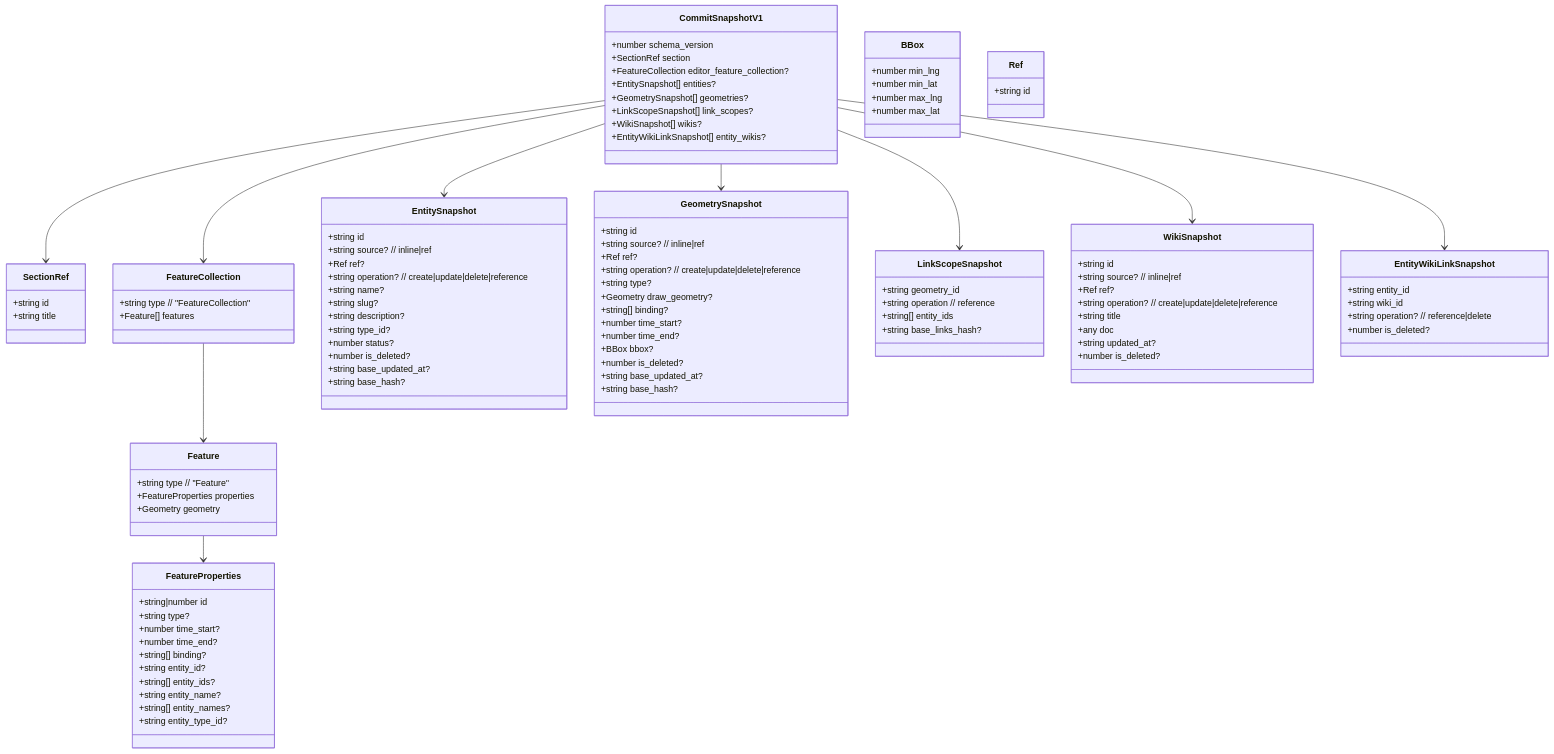
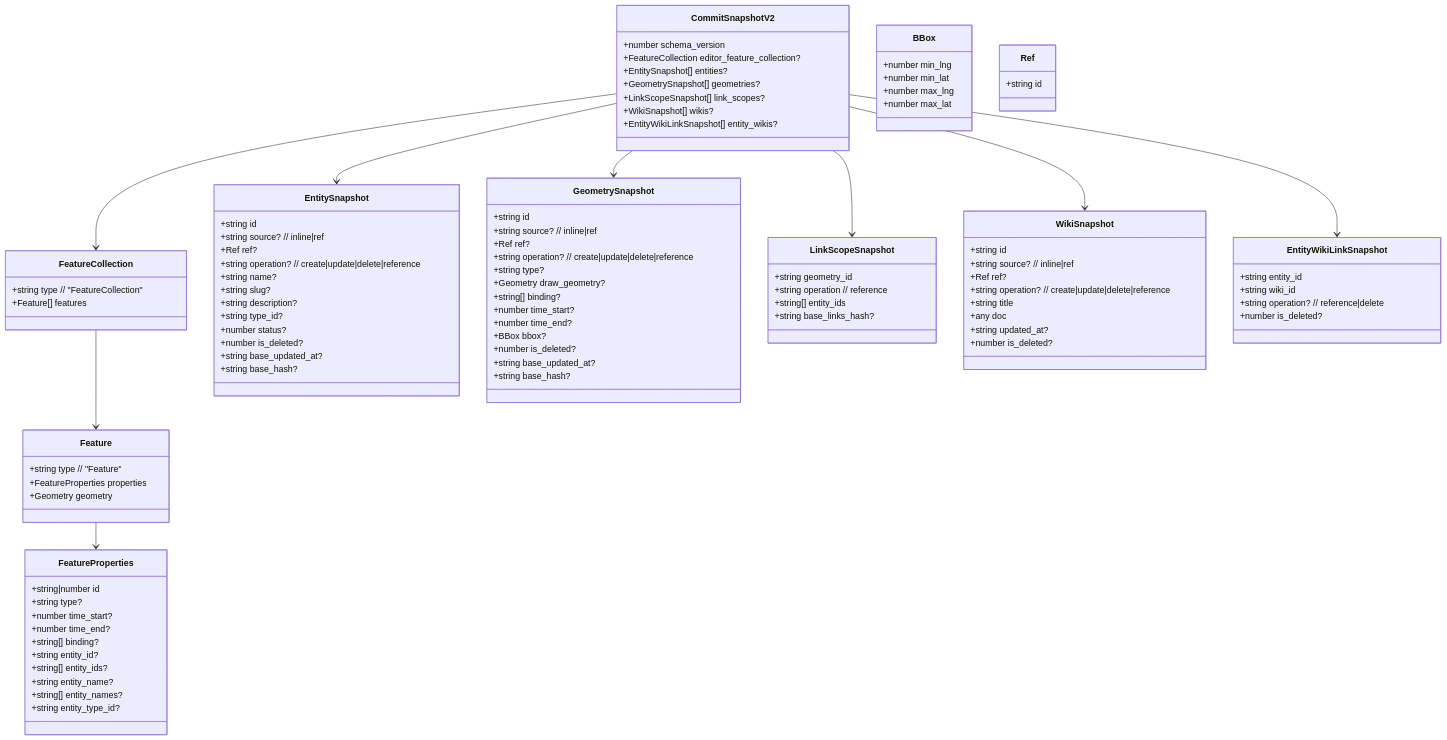
The diagram in commit_snapshot.md (Pregnant-Guild/FE_User_history_web), drawn with Mermaid before and after one commit. The commit also changed other lines of this file and 3 other files, not shown here.

````diff
--- a/commit_snapshot.md
+++ b/commit_snapshot.md
@@ -68,8 +65,7 @@
 ```mermaid
 classDiagram
-  class CommitSnapshotV1 {
+class CommitSnapshotV2 {
     +number schema_version
-    +SectionRef section
     +FeatureCollection editor_feature_collection?
     +EntitySnapshot[] entities?
     +GeometrySnapshot[] geometries?
@@ -78,10 +74,6 @@
     +EntityWikiLinkSnapshot[] entity_wikis?
   }
 
-  class SectionRef {
-    +string id
-    +string title
-  }
 
   class FeatureCollection {
     +string type  // "FeatureCollection"
@@ -174,13 +166,12 @@
     +string id
   }
 
-  CommitSnapshotV1 --> SectionRef
-  CommitSnapshotV1 --> FeatureCollection
+  CommitSnapshotV2 --> FeatureCollection
   FeatureCollection --> Feature
   Feature --> FeatureProperties
-  CommitSnapshotV1 --> EntitySnapshot
-  CommitSnapshotV1 --> GeometrySnapshot
-  CommitSnapshotV1 --> LinkScopeSnapshot
-  CommitSnapshotV1 --> WikiSnapshot
-  CommitSnapshotV1 --> EntityWikiLinkSnapshot
+  CommitSnapshotV2 --> EntitySnapshot
+  CommitSnapshotV2 --> GeometrySnapshot
+  CommitSnapshotV2 --> LinkScopeSnapshot
+  CommitSnapshotV2 --> WikiSnapshot
+  CommitSnapshotV2 --> EntityWikiLinkSnapshot
 ```
````
